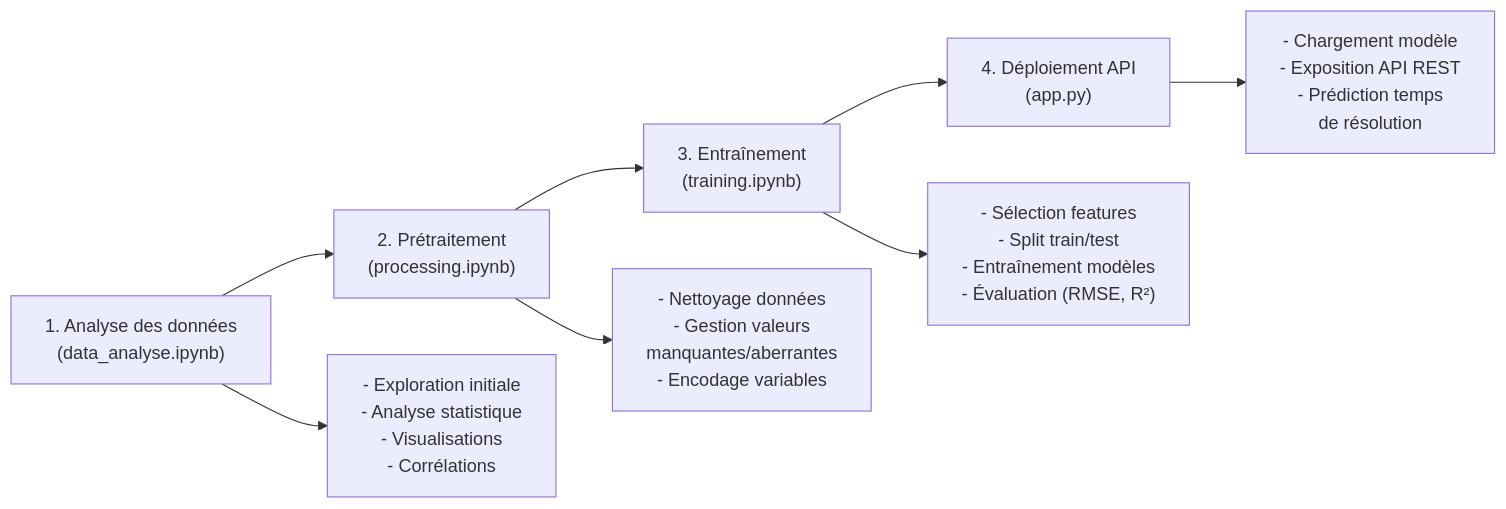
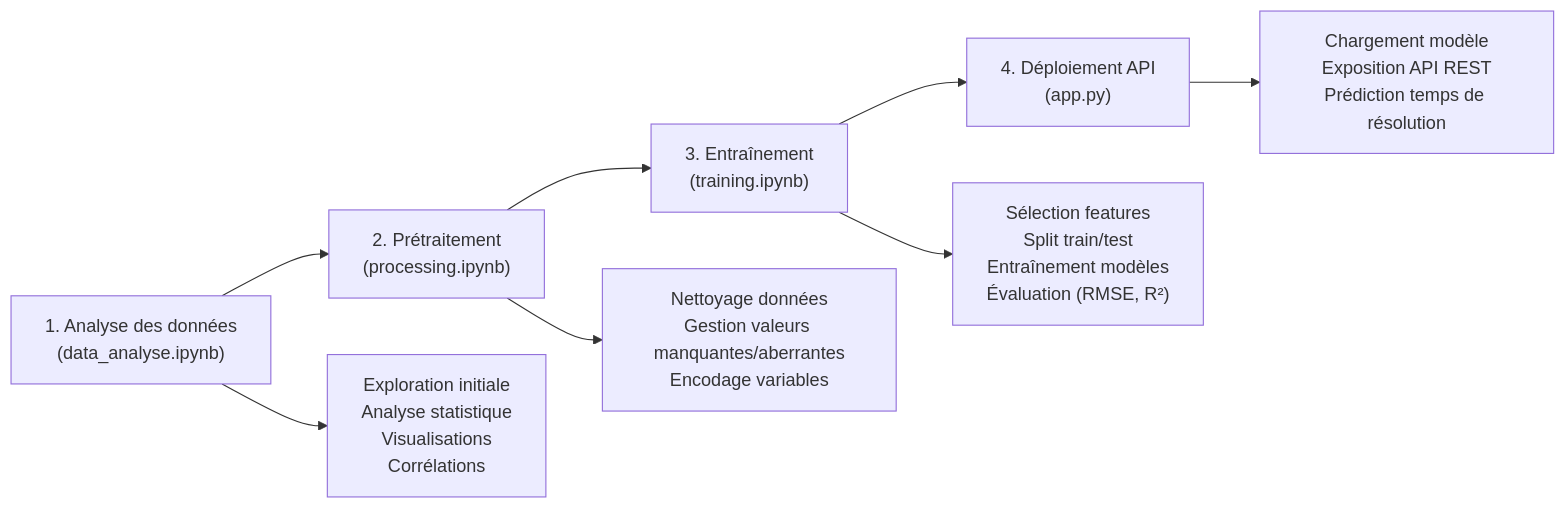
One commit to ivgallo/time_resolution_ml changed the diagram in README.md. Above: the diagram before and after it, drawn with Mermaid.

Commit message:
Standardize README.md mermaid diagram formatting

````diff
--- a/README.md
+++ b/README.md
@@ -10,11 +10,11 @@
 ```mermaid
 flowchart LR
-    A["1. Analyse des données\n(data_analyse.ipynb)"] --> B["2. Prétraitement\n(processing.ipynb)"]
-    B --> C["3. Entraînement\n(training.ipynb)"]
-    C --> D["4. Déploiement API\n(app.py)"]
+    A["1. Analyse des données<br/>(data_analyse.ipynb)"] --> B["2. Prétraitement<br/>(processing.ipynb)"]
+    B --> C["3. Entraînement<br/>(training.ipynb)"]
+    C --> D["4. Déploiement API<br/>(app.py)"]
 
-    A --> A1["- Exploration initiale\n- Analyse statistique\n- Visualisations\n- Corrélations"]
-    B --> B1["- Nettoyage données\n- Gestion valeurs\n  manquantes/aberrantes\n- Encodage variables"]
-    C --> C1["- Sélection features\n- Split train/test\n- Entraînement modèles\n- Évaluation (RMSE, R²)"]
-    D --> D1["- Chargement modèle\n- Exposition API REST\n- Prédiction temps\n  de résolution"]
+    A --> A1["Exploration initiale<br/>Analyse statistique<br/>Visualisations<br/>Corrélations"]
+    B --> B1["Nettoyage données<br/>Gestion valeurs manquantes/aberrantes<br/>Encodage variables"]
+    C --> C1["Sélection features<br/>Split train/test<br/>Entraînement modèles<br/>Évaluation (RMSE, R²)"]
+    D --> D1["Chargement modèle<br/>Exposition API REST<br/>Prédiction temps de résolution"]
 ```
````
